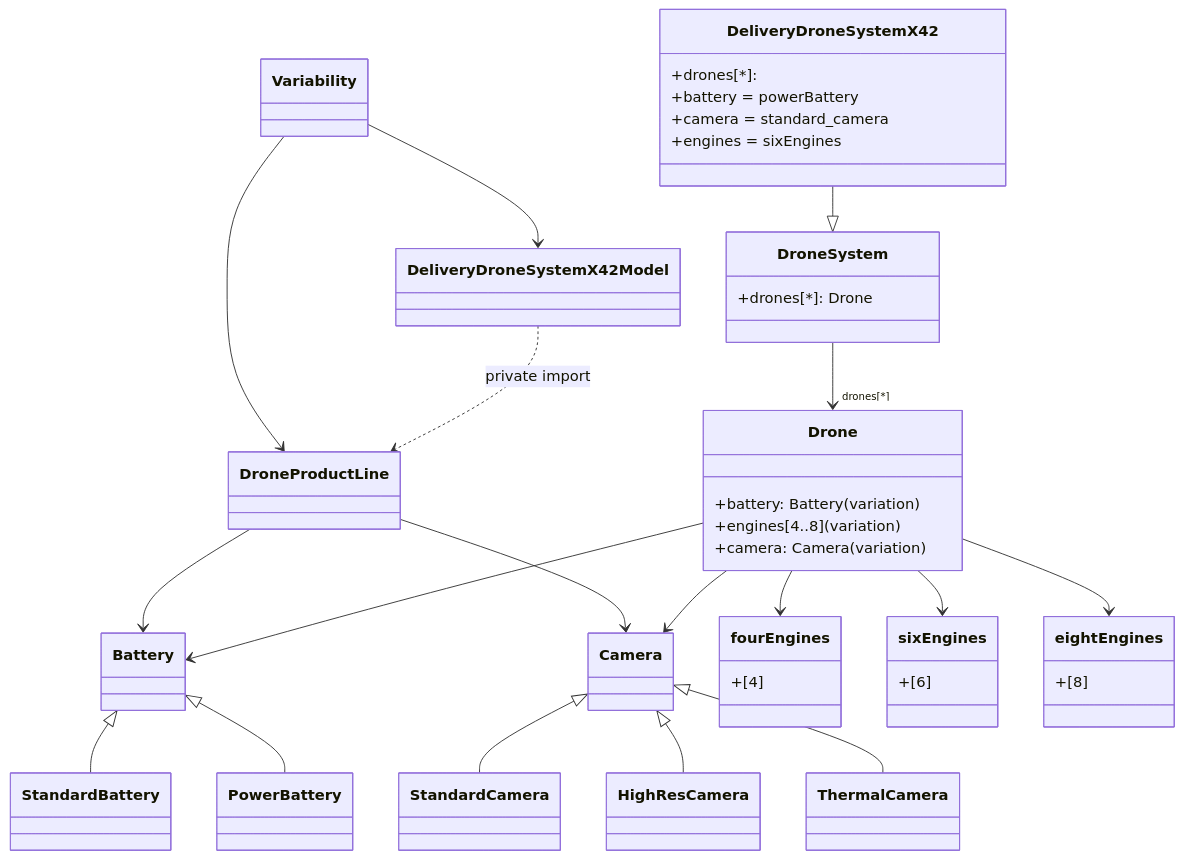
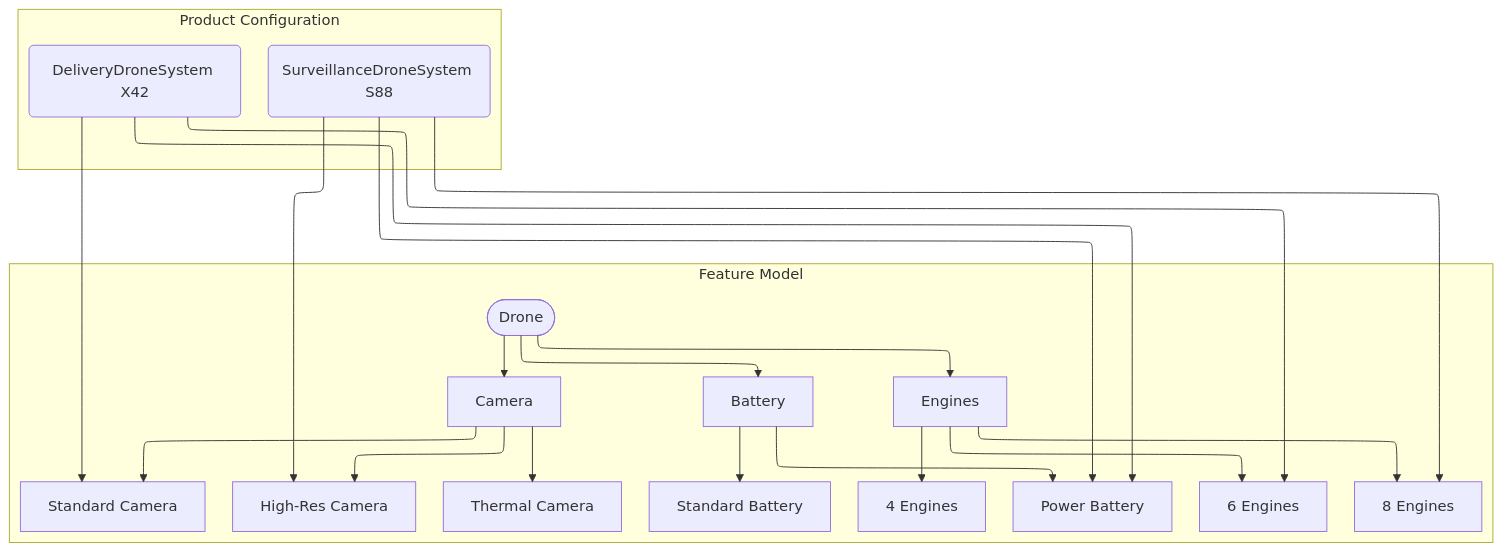
The diagram in variability_drones/featureTree_Gemini.md (alo40/SysML_v2), drawn with Mermaid before and after one commit. The commit also changed 1 other file, not shown here.

Commit message:
update variability_drones mermaid code

```diff
--- a/variability_drones/featureTree_Gemini.md
+++ b/variability_drones/featureTree_Gemini.md
@@ -1,66 +1,42 @@
 ::: mermaid
-classDiagram
-%% Packages
-class Variability
-class DroneProductLine
-class DeliveryDroneSystemX42Model
-Variability --> DroneProductLine
-Variability --> DeliveryDroneSystemX42Model
+%%{init: { 'flowchart': { 'defaultRenderer': 'elk', 'elk': { 'edgeRouting': 'ORTHOGONAL' } } } }%%
+flowchart TD
+    %% Root Feature
+    subgraph "Feature Model"
+        Drone([Drone])
 
-%% Battery hierarchy
-class Battery
-class StandardBattery
-class PowerBattery
-Battery <|-- StandardBattery
-Battery <|-- PowerBattery
-DroneProductLine --> Battery
+        %% Main Feature Categories
+        Drone --> Battery
+        Drone --> Engines
+        Drone --> Camera
 
-%% Camera hierarchy
-class Camera
-class StandardCamera
-class HighResCamera
-class ThermalCamera
-Camera <|-- StandardCamera
-Camera <|-- HighResCamera
-Camera <|-- ThermalCamera
-DroneProductLine --> Camera
+        %% Battery Options
+        Battery --> StandardBattery[Standard Battery]
+        Battery --> PowerBattery[Power Battery]
 
-%% Drone and DroneSystem
-class DroneSystem {
-  +drones[*]: Drone
-}
-class Drone {
-  +battery: Battery (variation)
-  +engines[4..8] (variation)
-  +camera: Camera (variation)
-}
-DroneSystem --> "drones[*]" Drone
-Drone --> Battery
-Drone --> Camera
+        %% Engine Options
+        Engines --> FourEngines[4 Engines]
+        Engines --> SixEngines[6 Engines]
+        Engines --> EightEngines[8 Engines]
 
-%% Engine Variants
-class fourEngines {
-  +[4]
-}
-class sixEngines {
-  +[6]
-}
-class eightEngines {
-  +[8]
-}
-Drone --> fourEngines
-Drone --> sixEngines
-Drone --> eightEngines
+        %% Camera Options
+        Camera --> StandardCamera[Standard Camera]
+        Camera --> HighResCamera[High-Res Camera]
+        Camera --> ThermalCamera[Thermal Camera]
+    end
 
-%% DeliveryDroneSystemX42Model
-class DeliveryDroneSystemX42 {
-  +drones[*]:
-  +battery = powerBattery
-  +camera = standard_camera
-  +engines = sixEngines
-}
-DeliveryDroneSystemX42 --|> DroneSystem
+    %% Specific Configuration
+    subgraph "Product Configuration"
+        DeliveryDrone("DeliveryDroneSystem X42")
+        SurveillanceDrone("SurveillanceDroneSystem S88")
+    end
 
-%% Imports
-DeliveryDroneSystemX42Model ..> DroneProductLine : private import
+    %% Connect configuration to selected features
+    DeliveryDrone --> SixEngines
+    DeliveryDrone --> PowerBattery
+    DeliveryDrone --> StandardCamera
+
+    SurveillanceDrone --> EightEngines
+    SurveillanceDrone --> PowerBattery
+    SurveillanceDrone --> HighResCamera
 :::
```
